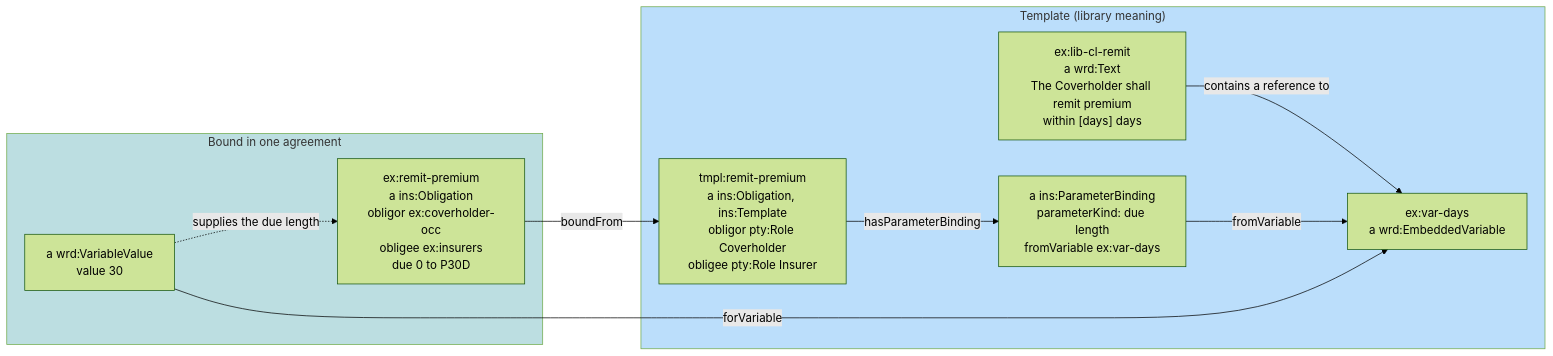
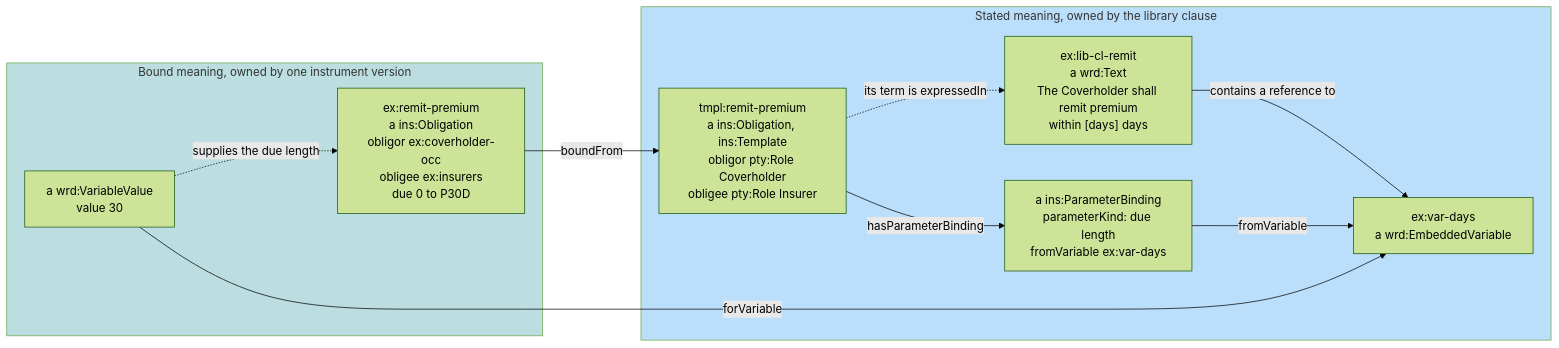
Before and after one commit to nebularis/lattice: diagram 13 of 32 in docs/developer/sketches/computable-contract-substrate.md, drawn with Mermaid (forest theme). The commit also changed other lines of this file and 6 other files, not shown here.

````diff
--- a/docs/developer/sketches/computable-contract-substrate.md
+++ b/docs/developer/sketches/computable-contract-substrate.md
@@ -849,21 +979,22 @@
 ```mermaid
 flowchart LR
-    subgraph LIB["Template (library meaning)"]
+    subgraph LIB["Stated meaning, owned by the library clause"]
         LW["ex:lib-cl-remit<br/>a wrd:Text<br/>The Coverholder shall remit premium<br/>within [days] days"]
         LV["ex:var-days<br/>a wrd:EmbeddedVariable"]
         TR["tmpl:remit-premium<br/>a ins:Obligation, ins:Template<br/>obligor pty:Role Coverholder<br/>obligee pty:Role Insurer"]
         PB["a ins:ParameterBinding<br/>parameterKind: due length<br/>fromVariable ex:var-days"]
         LW -- "contains a reference to" --> LV
         TR -- "hasParameterBinding" --> PB
         PB -- "fromVariable" --> LV
+        TR -. "its term is expressedIn" .-> LW
     end
-    subgraph INST["Bound in one agreement"]
+    subgraph INST["Bound meaning, owned by one instrument version"]
         BR["ex:remit-premium<br/>a ins:Obligation<br/>obligor ex:coverholder-occ<br/>obligee ex:insurers<br/>due 0 to P30D"]
         VV["a wrd:VariableValue<br/>value 30"]
     end
     BR -- "boundFrom" --> TR
     VV -- "forVariable" --> LV
     VV -. "supplies the due length" .-> BR
     style LIB fill:#BBDEFB
     style INST fill:#bcdee1
 ```
````
